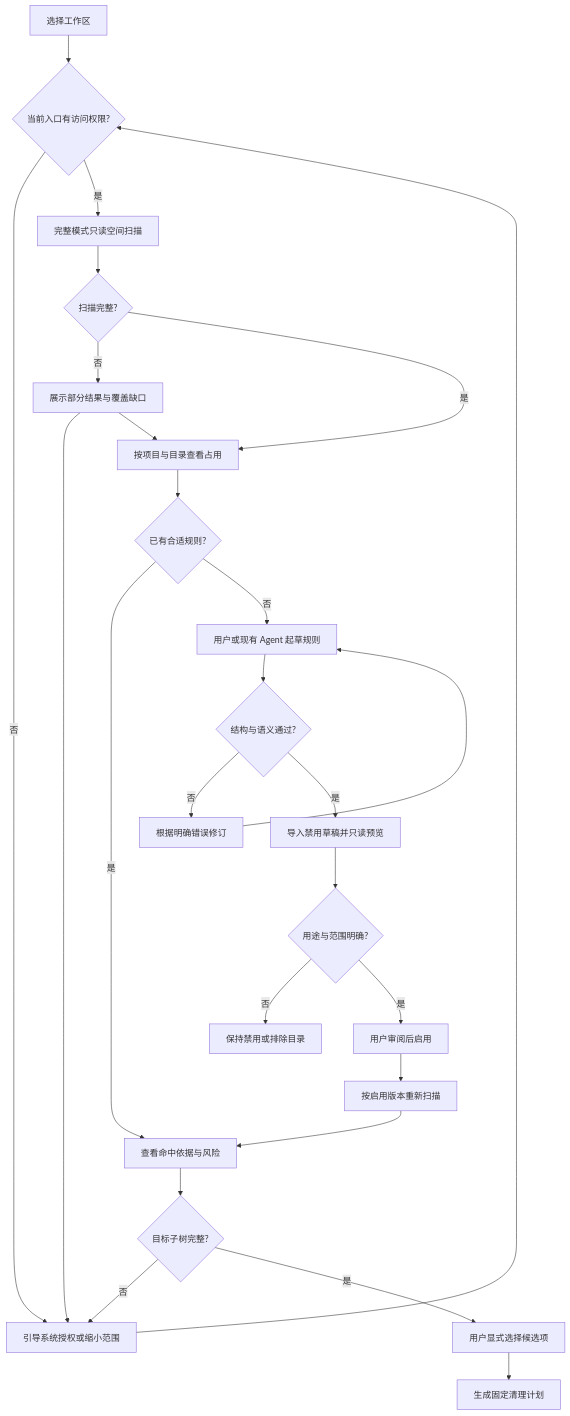
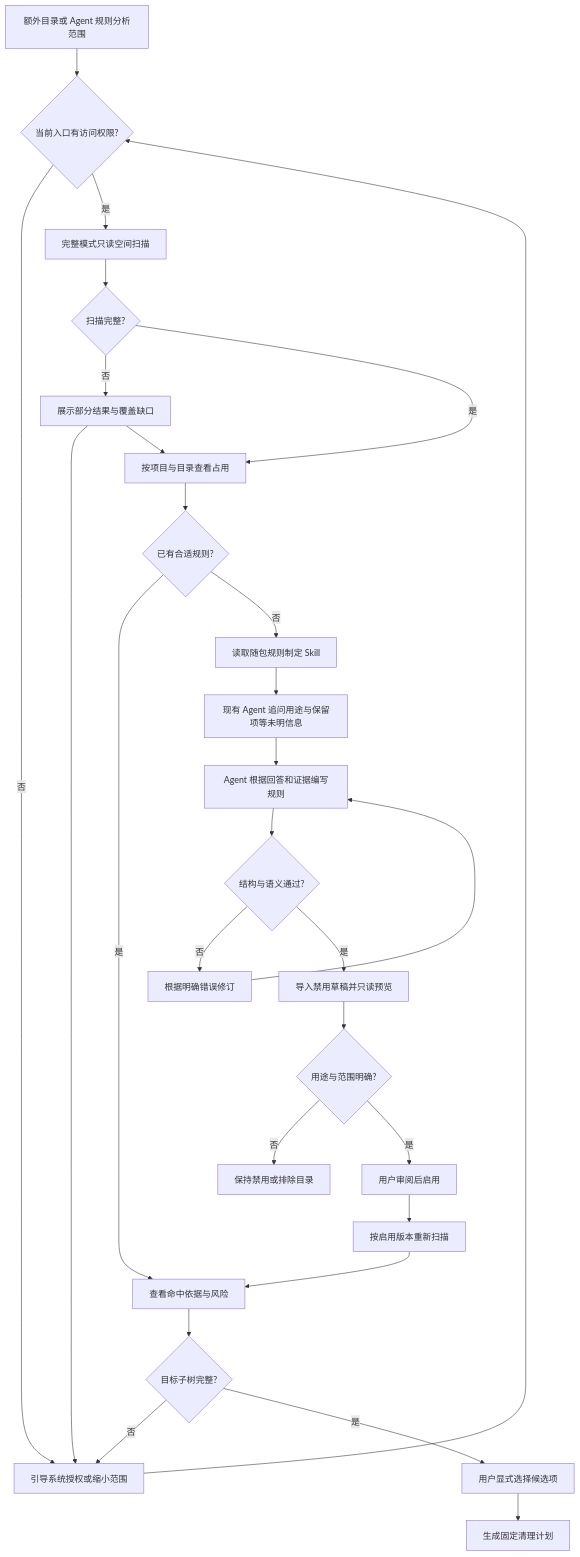
One commit to limecloud/shou changed the second of 8 diagrams in docs/zh-CN/architecture/workflows-and-sequences.md. Above: the diagram before and after it, drawn with Mermaid. The commit also changed other lines of this file and 99 other files, not shown here.

````diff
--- a/docs/zh-CN/architecture/workflows-and-sequences.md
+++ b/docs/zh-CN/architecture/workflows-and-sequences.md
@@ -30,28 +35,30 @@
 ```mermaid
 flowchart TD
-    Start[选择工作区] --> Access{当前入口有访问权限?}
+    Start[额外目录或 Agent 规则分析范围] --> Access{当前入口有访问权限?}
     Access -->|否| Grant[引导系统授权或缩小范围]
     Grant --> Access
     Access -->|是| Scan[完整模式只读空间扫描]
     Scan --> Complete{扫描完整?}
     Complete -->|否| Partial[展示部分结果与覆盖缺口]
     Partial --> Grant
     Partial --> Classify
     Complete -->|是| Classify[按项目与目录查看占用]
     Classify --> Known{已有合适规则?}
     Known -->|是| Evidence[查看命中依据与风险]
-    Known -->|否| Draft[用户或现有 Agent 起草规则]
+    Known -->|否| Skill[读取随包规则制定 Skill]
+    Skill --> Questions[现有 Agent 追问用途与保留项等未明信息]
+    Questions --> Draft[Agent 根据回答和证据编写规则]
     Draft --> Validate{结构与语义通过?}
     Validate -->|否| Revise[根据明确错误修订]
     Revise --> Draft
     Validate -->|是| Import[导入禁用草稿并只读预览]
     Import --> Review{用途与范围明确?}
     Review -->|否| Exclude[保持禁用或排除目录]
     Review -->|是| Enable[用户审阅后启用]
     Enable --> Rescan[按启用版本重新扫描]
     Rescan --> Evidence
     Evidence --> Target{目标子树完整?}
     Target -->|否| Grant
     Target -->|是| Select[用户显式选择候选项]
     Select --> Plan[生成固定清理计划]
 ```
````
